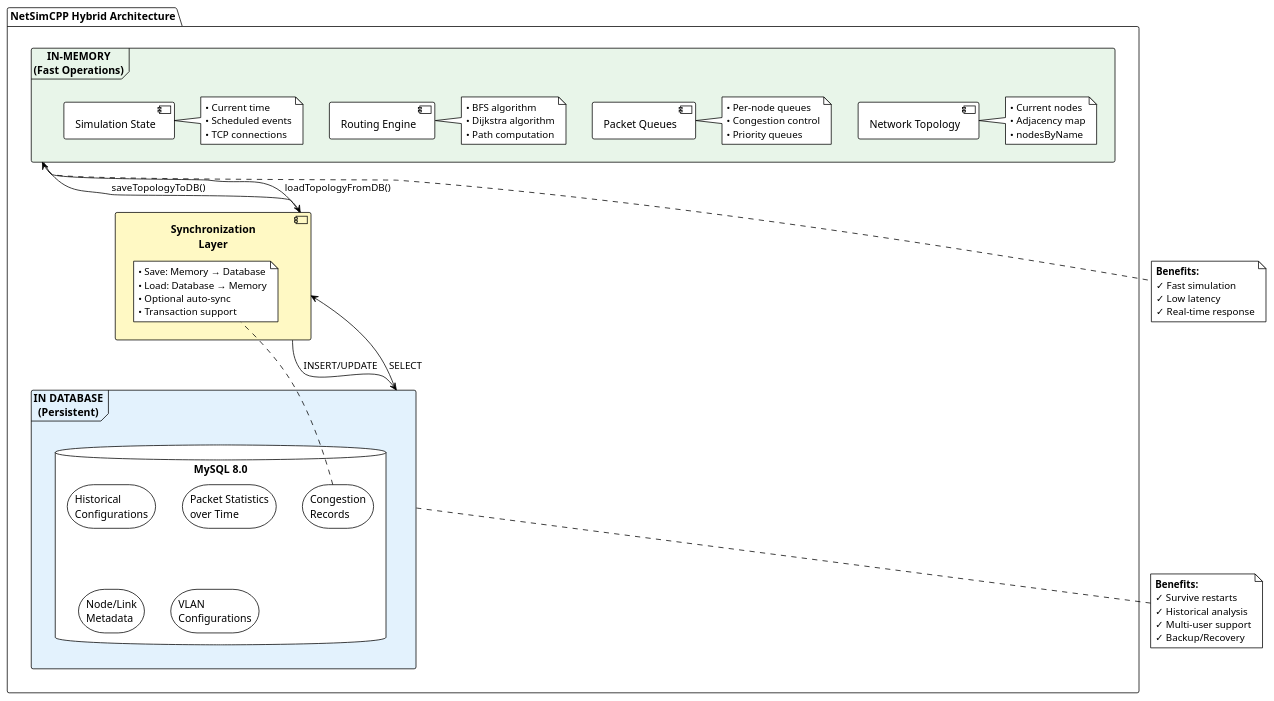
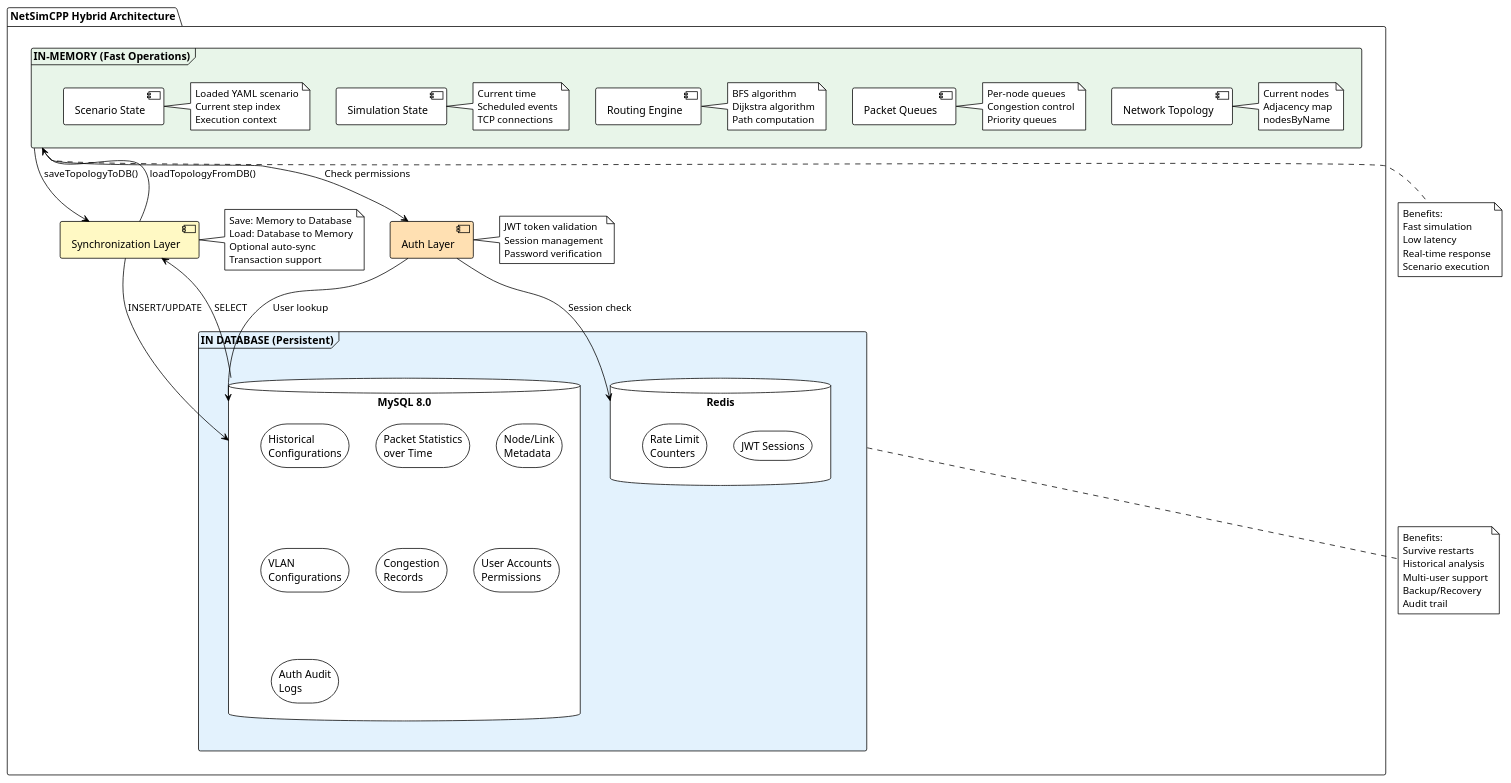
Before and after one commit to UmarlyPoeta/inzynieria_oprogramowania: the diagram in docs/hybrid_architecture.puml, drawn with PlantUML. The commit also changed 17 other files, not shown here.

First line of the commit message:
Add detailed UML diagrams for authentication flow, production deployment, scenario system, and WebSocket communication

```diff
--- a/docs/hybrid_architecture.puml
+++ b/docs/hybrid_architecture.puml
@@ -1,77 +1,102 @@
 @startuml hybrid_architecture
 !theme plain
 
 package "NetSimCPP Hybrid Architecture" {
   
-  frame "IN-MEMORY\n(Fast Operations)" as memory #E8F5E9 {
+  frame "IN-MEMORY (Fast Operations)" as memory #E8F5E9 {
     component "Network Topology" as topo
     note right of topo
-      • Current nodes
-      • Adjacency map
-      • nodesByName
+      Current nodes
+      Adjacency map
+      nodesByName
     end note
     
     component "Packet Queues" as queues
     note right of queues
-      • Per-node queues
-      • Congestion control
-      • Priority queues
+      Per-node queues
+      Congestion control
+      Priority queues
     end note
     
     component "Routing Engine" as routing
     note right of routing
-      • BFS algorithm
-      • Dijkstra algorithm
-      • Path computation
+      BFS algorithm
+      Dijkstra algorithm
+      Path computation
     end note
     
     component "Simulation State" as state
     note right of state
-      • Current time
-      • Scheduled events
-      • TCP connections
+      Current time
+      Scheduled events
+      TCP connections
+    end note
+    
+    component "Scenario State" as scenario
+    note right of scenario
+      Loaded YAML scenario
+      Current step index
+      Execution context
     end note
   }
   
-  frame "IN DATABASE\n(Persistent)" as db #E3F2FD {
+  frame "IN DATABASE (Persistent)" as db #E3F2FD {
     database "MySQL 8.0" as mysql {
       storage "Historical\nConfigurations" as history
       storage "Packet Statistics\nover Time" as stats
       storage "Node/Link\nMetadata" as metadata
       storage "VLAN\nConfigurations" as vlans
       storage "Congestion\nRecords" as congestion
+      storage "User Accounts\nPermissions" as users
+      storage "Auth Audit\nLogs" as audit
+    }
+    
+    database "Redis" as redis {
+      storage "JWT Sessions" as sessions
+      storage "Rate Limit\nCounters" as ratelimits
     }
   }
   
-  component "Synchronization\nLayer" as sync #FFF9C4 {
-    note right
-      • Save: Memory → Database
-      • Load: Database → Memory
-      • Optional auto-sync
-      • Transaction support
-    end note
-  }
+  component "Synchronization Layer" as sync #FFF9C4
+  note right of sync
+    Save: Memory to Database
+    Load: Database to Memory
+    Optional auto-sync
+    Transaction support
+  end note
+  
+  component "Auth Layer" as auth #FFE0B2
+  note right of auth
+    JWT token validation
+    Session management
+    Password verification
+  end note
 }
 
 ' Connections
 memory -down-> sync : saveTopologyToDB()
-sync -down-> db : INSERT/UPDATE
-db -up-> sync : SELECT
+sync -down-> mysql : INSERT/UPDATE
+mysql -up-> sync : SELECT
 sync -up-> memory : loadTopologyFromDB()
+memory -down-> auth : Check permissions
+auth -down-> mysql : User lookup
+auth -down-> redis : Session check
 
 note bottom of memory
-  **Benefits:**
-  ✓ Fast simulation
-  ✓ Low latency
-  ✓ Real-time response
+  Benefits:
+  Fast simulation
+  Low latency
+  Real-time response
+  Scenario execution
 end note
 
 note bottom of db
-  **Benefits:**
-  ✓ Survive restarts
-  ✓ Historical analysis
-  ✓ Multi-user support
-  ✓ Backup/Recovery
+  Benefits:
+  Survive restarts
+  Historical analysis
+  Multi-user support
+  Backup/Recovery
+  Audit trail
 end note
 
 @enduml
```
